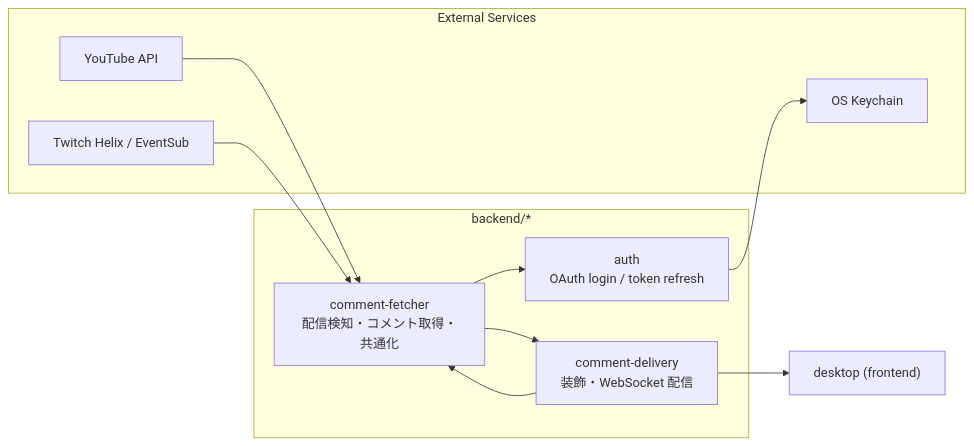
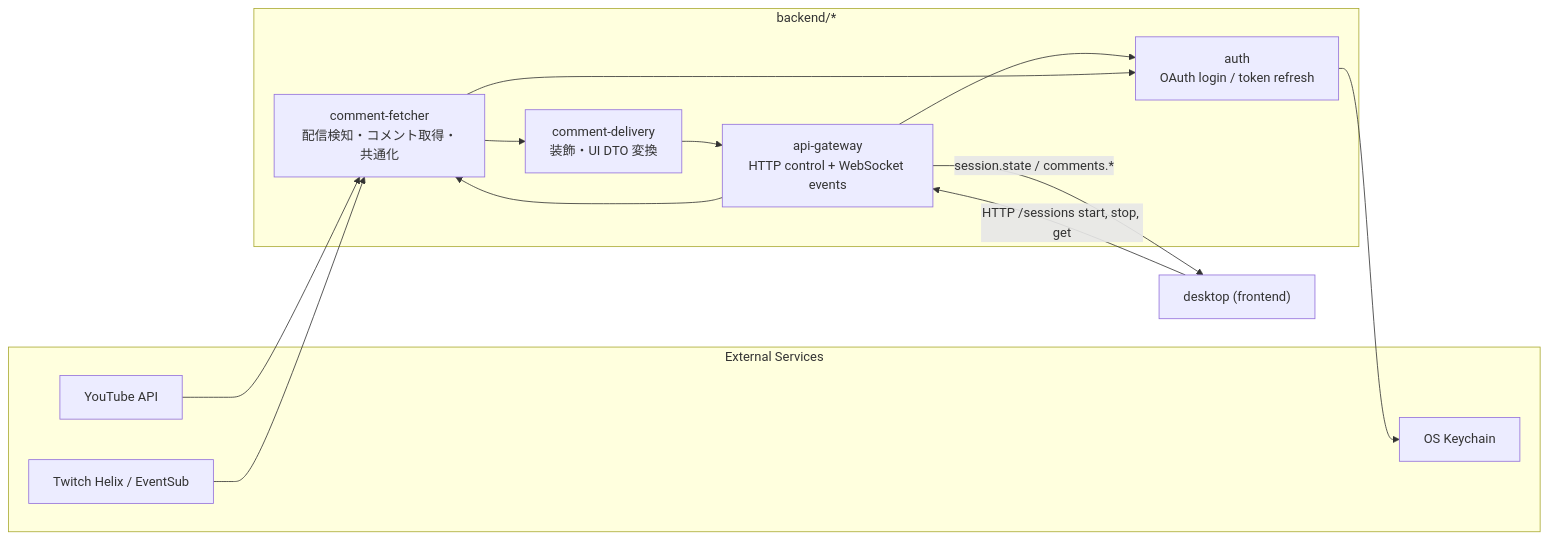
One commit to satoh23/osareview changed the first of 2 diagrams in backend/README.md. Above: the diagram before and after it, drawn with Mermaid. The commit also changed other lines of this file and 4 other files, not shown here.

````diff
--- a/backend/README.md
+++ b/backend/README.md
@@ -8,24 +9,28 @@
 ```mermaid
 flowchart LR
   subgraph External["External Services"]
     YT["YouTube API"]
     TW["Twitch Helix / EventSub"]
     KC["OS Keychain"]
   end
 
   subgraph Backend["backend/*"]
+    GATEWAY["api-gateway\nHTTP control + WebSocket events"]
     AUTH["auth\nOAuth login / token refresh"]
     FETCHER["comment-fetcher\n配信検知・コメント取得・共通化"]
-    DELIVERY["comment-delivery\n装飾・WebSocket 配信"]
+    DELIVERY["comment-delivery\n装飾・UI DTO 変換"]
   end
 
   UI["desktop (frontend)"]
 
   YT --> FETCHER
   TW --> FETCHER
+  UI -->|"HTTP /sessions start, stop, get"| GATEWAY
+  GATEWAY -->|"session.state / comments.*"| UI
+  GATEWAY --> FETCHER
   FETCHER --> DELIVERY
-  DELIVERY --> UI
+  DELIVERY --> GATEWAY
+  GATEWAY --> AUTH
   AUTH --> KC
   FETCHER --> AUTH
-  DELIVERY --> FETCHER
 ```
````
